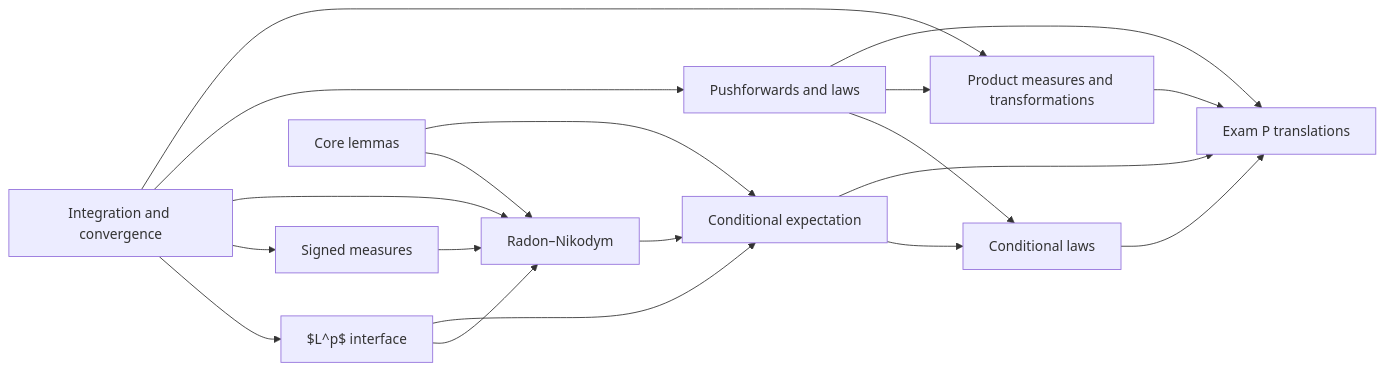
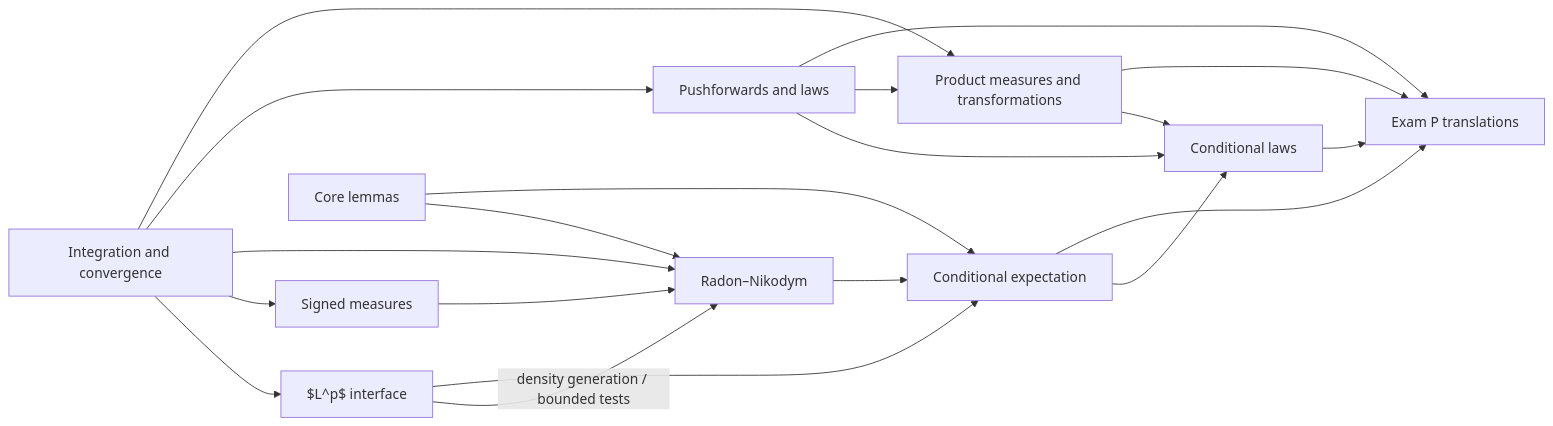
One commit to Mozartismee/measure-theory-and-probability changed the diagram in 00_Project/Dependency Map.md. Above: the diagram before and after it, drawn with Mermaid. The commit also changed other lines of this file and 51 other files, not shown here.

````diff
--- a/00_Project/Dependency Map.md
+++ b/00_Project/Dependency Map.md
@@ -11,21 +11,22 @@
 ```mermaid
 flowchart LR
     IC["Integration and convergence"] --> LP["$L^p$ interface"]
     IC --> SM["Signed measures"]
     IC --> RN
     IC --> P
     IC --> PM["Product measures and transformations"]
-    LP --> RN["Radon–Nikodym"]
+    LP -- "density generation / bounded tests" --> RN["Radon–Nikodym"]
     LP --> CE["Conditional expectation"]
     SM --> RN
     L["Core lemmas"] --> RN
     L --> CE
     RN --> CE
     P["Pushforwards and laws"] --> CL["Conditional laws"]
     P --> PM
+    PM --> CL
     PM --> EP["Exam P translations"]
     CE --> CL
     P --> EP
     CE --> EP
     CL --> EP
 ```
````
